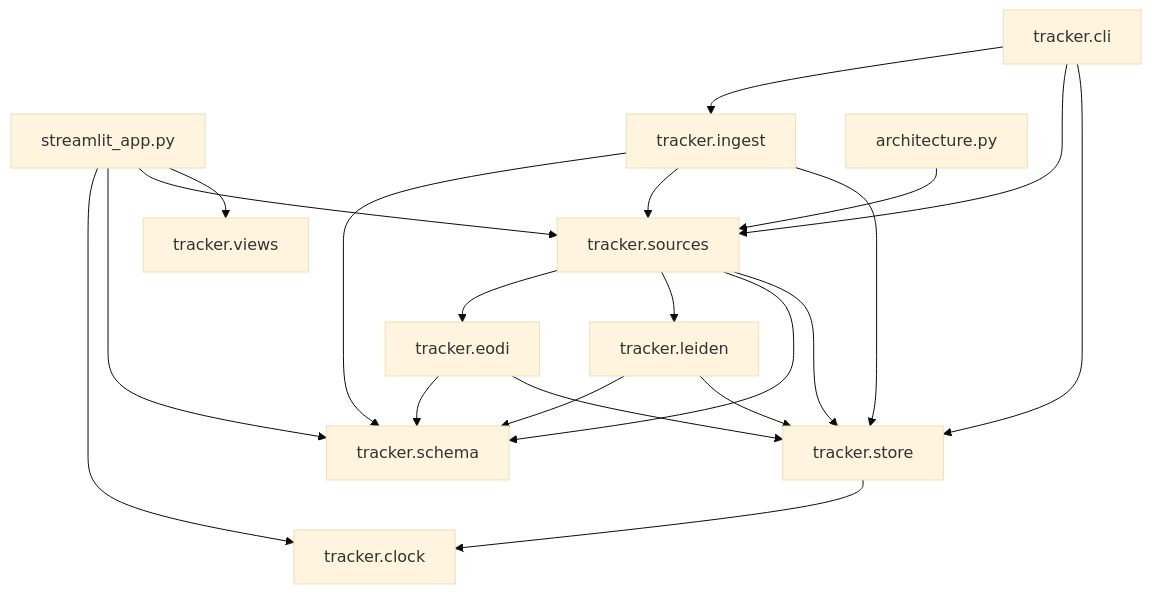
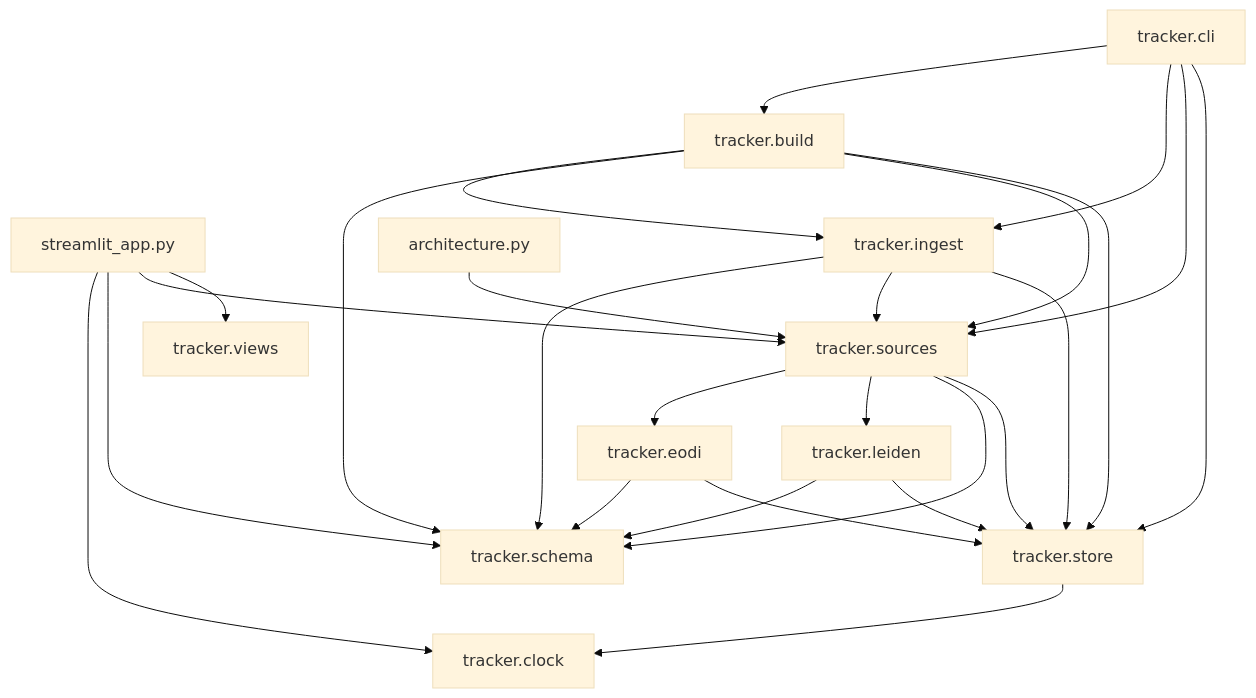
One commit to tryph0n/hybrid-tracker changed the third of 3 diagrams in docs/architecture.md. Above: the diagram before and after it, drawn with Mermaid (base theme). The commit also changed other lines of this file and 12 other files, not shown here.

First line of the commit message:
feat(build): add tracker build to write the published tables with DuckDB

````diff
--- a/docs/architecture.md
+++ b/docs/architecture.md
@@ -148,34 +149,40 @@
 ```mermaid
 flowchart TB
   module_streamlit_app_py["streamlit_app.py"]
+  module_tracker_build["tracker.build"]
   module_tracker_cli["tracker.cli"]
   module_tracker_clock["tracker.clock"]
   module_tracker_eodi["tracker.eodi"]
   module_tracker_ingest["tracker.ingest"]
   module_tracker_leiden["tracker.leiden"]
   module_tracker_schema["tracker.schema"]
   module_tracker_sources["tracker.sources"]
   module_tracker_store["tracker.store"]
   module_tracker_views["tracker.views"]
   module_architecture_py["architecture.py"]
   module_streamlit_app_py --> module_tracker_clock
   module_streamlit_app_py --> module_tracker_schema
   module_streamlit_app_py --> module_tracker_sources
   module_streamlit_app_py --> module_tracker_views
+  module_tracker_build --> module_tracker_ingest
+  module_tracker_build --> module_tracker_schema
+  module_tracker_build --> module_tracker_sources
+  module_tracker_build --> module_tracker_store
+  module_tracker_cli --> module_tracker_build
   module_tracker_cli --> module_tracker_ingest
   module_tracker_cli --> module_tracker_sources
   module_tracker_cli --> module_tracker_store
   module_tracker_eodi --> module_tracker_schema
   module_tracker_eodi --> module_tracker_store
   module_tracker_ingest --> module_tracker_schema
   module_tracker_ingest --> module_tracker_sources
   module_tracker_ingest --> module_tracker_store
   module_tracker_leiden --> module_tracker_schema
   module_tracker_leiden --> module_tracker_store
   module_tracker_sources --> module_tracker_eodi
   module_tracker_sources --> module_tracker_leiden
   module_tracker_sources --> module_tracker_schema
   module_tracker_sources --> module_tracker_store
   module_tracker_store --> module_tracker_clock
   module_architecture_py --> module_tracker_sources
 ```
````
